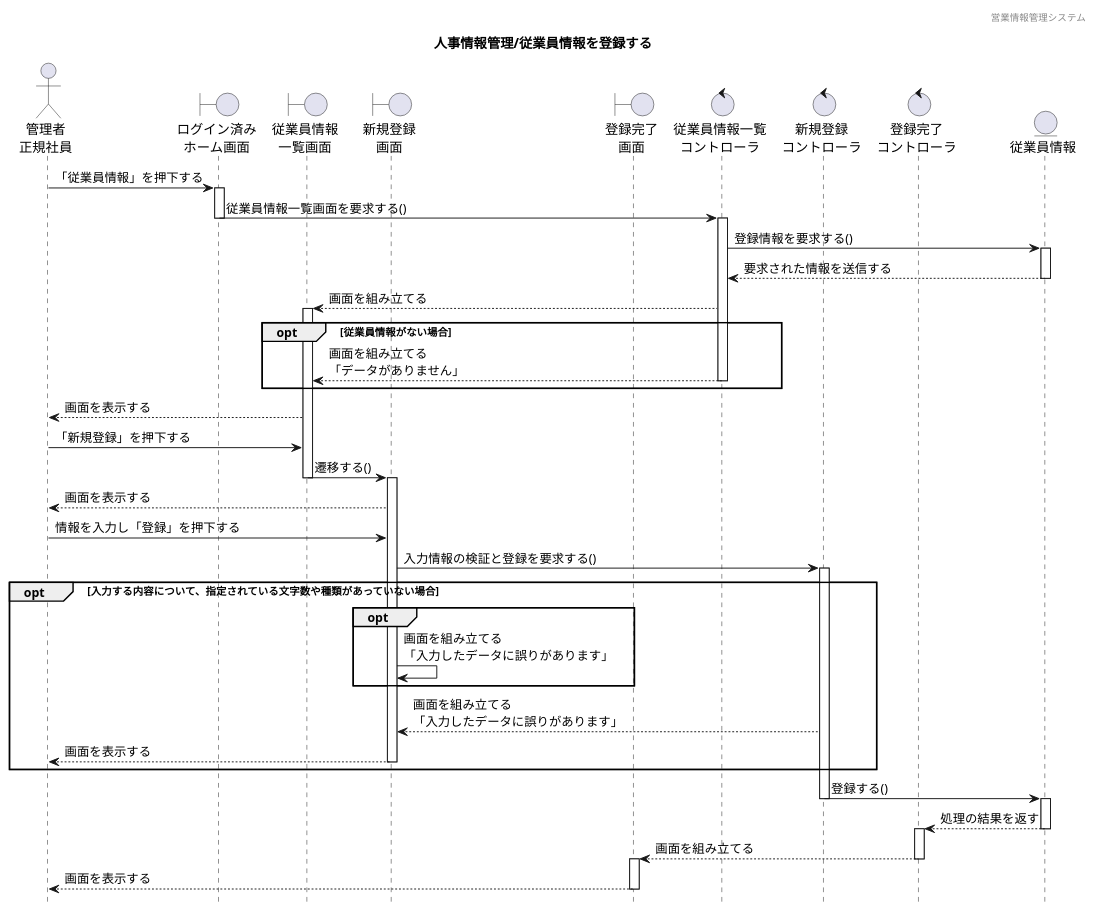
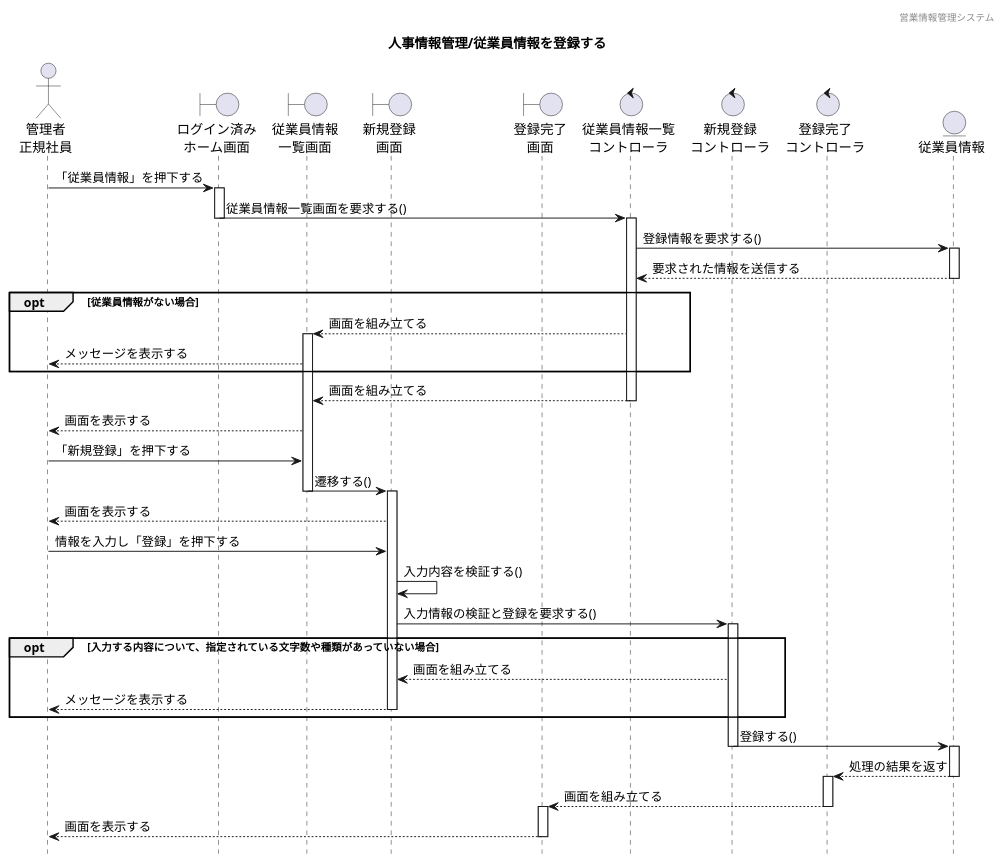
The diagram in 各種設計書/4シーケンス図/マスタ管理/1.従業員情報マスタ/従業員情報管理_登録.plantuml (HaruShim/Sotuken), drawn with PlantUML before and after one commit. The commit also changed 3 other files, not shown here.

```diff
--- a/各種設計書/4シーケンス図/マスタ管理/1.従業員情報マスタ/従業員情報管理_登録.plantuml
+++ b/各種設計書/4シーケンス図/マスタ管理/1.従業員情報マスタ/従業員情報管理_登録.plantuml
@@ -1,90 +1,84 @@
 @startuml ../../images/従業員情報マスタ/従業員情報管理_登録
 
 ' 下アイコン除去
 hide footbox
 ' ヘッダー
 header 営業情報管理システム
 ' タイトル
 title 人事情報管理/従業員情報を登録する
 
 
 ' actor "" as 
 actor "管理者\n正規社員" as a1
 
 ' boundary "" as 
 boundary "ログイン済み\nホーム画面" as b1
 boundary "従業員情報\n一覧画面" as b2
 boundary "新規登録\n画面" as b3
 boundary "登録完了\n画面" as b4
 
 ' control "" as 
 control "従業員情報一覧\nコントローラ" as c1
 control "新規登録\nコントローラ" as c2
 control "登録完了\nコントローラ" as c3
 
 ' entity "" as
 entity "従業員情報" as e1
 
 
 ' ログイン済みホーム画面から一覧表示までのシーケンス
 a1 -> b1 : 「従業員情報」を押下する
 activate b1
 b1 -> c1 : 従業員情報一覧画面を要求する()
 deactivate b1
 activate c1
 c1 -> e1 : 登録情報を要求する()
 activate e1
 c1 <-- e1 : 要求された情報を送信する
 deactivate e1
-b2 <-- c1 : 画面を組み立てる
-activate b2
 
 ' 代替フロー
 opt 従業員情報がない場合
-b2 <-- c1 : 画面を組み立てる\n「データがありません」
-deactivate c1
+b2 <-- c1 : 画面を組み立てる
+activate b2
+a1 <-- b2 : メッセージを表示する
 end
 
-activate b2
+b2 <-- c1 : 画面を組み立てる
+deactivate c1
 a1 <-- b2 : 画面を表示する
 a1 -> b2 : 「新規登録」を押下する
 b2 -> b3 : 遷移する()
 deactivate b2
 activate b3
 a1 <-- b3 : 画面を表示する
 a1 -> b3 : 情報を入力し「登録」を押下する
+b3 -> b3 : 入力内容を検証する()
 b3 -> c2 : 入力情報の検証と登録を要求する()
 activate c2
 
 ' 代替フロー
-
-
 opt 入力する内容について、指定されている文字数や種類があっていない場合
-
-opt
-b3 -> b3 : 画面を組み立てる\n「入力したデータに誤りがあります」
-end
-
-b3 <-- c2 : 画面を組み立てる\n「入力したデータに誤りがあります」
+b3 <-- c2 : 画面を組み立てる
 deactivate c1
-a1 <-- b3 : 画面を表示する
+a1 <-- b3 : メッセージを表示する
 deactivate b3
 end
 
 
 activate c2
 c2 -> e1 : 登録する()
 deactivate c2
 activate e1
 c3 <-- e1 : 処理の結果を返す
 deactivate e1
 activate c3
 b4 <-- c3 : 画面を組み立てる
 deactivate c3
 activate b4
 a1 <-- b4 : 画面を表示する
 deactivate b4
 
 
 
 @enduml
```
